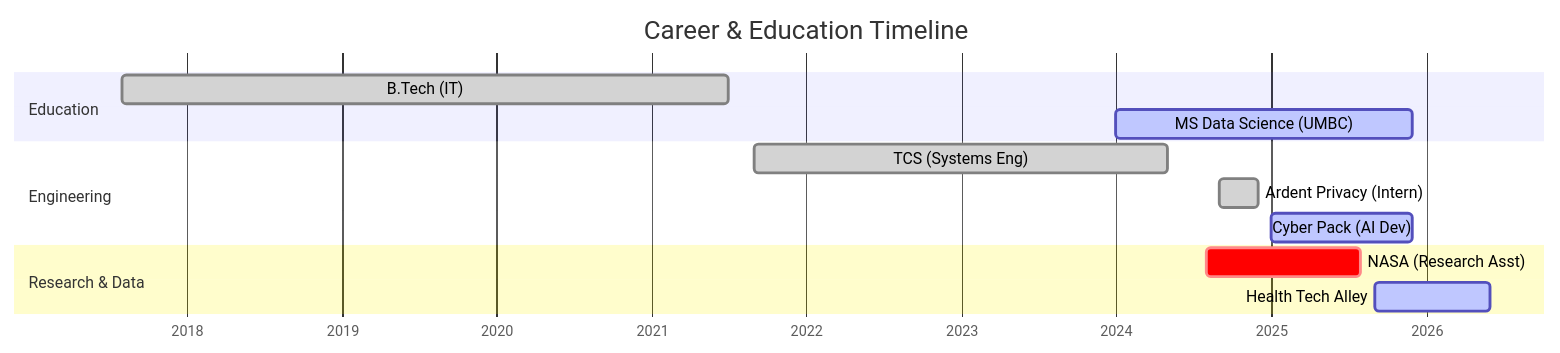
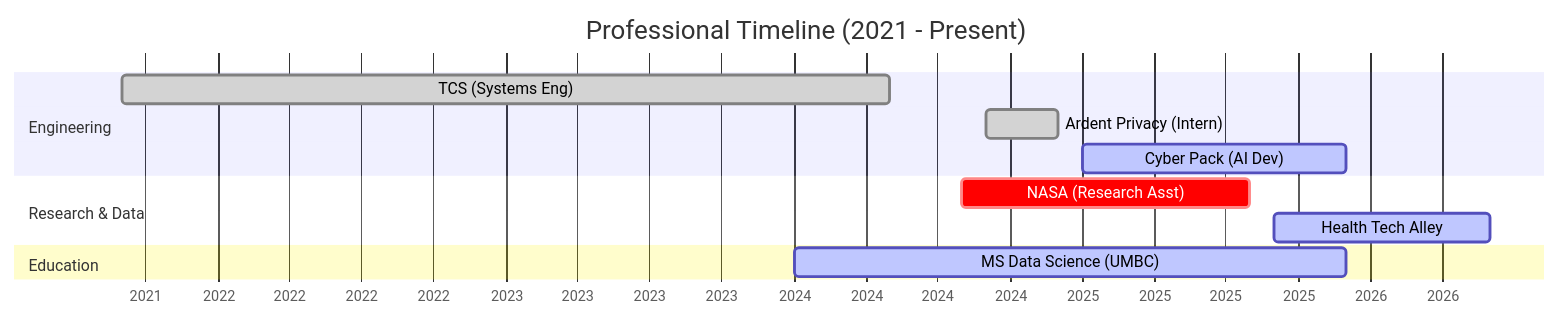
The diagram in README.md (akhil1729/akhil1729), drawn with Mermaid before and after one commit. The commit also changed other lines of this file, not shown here.

Commit message:
Revise README with updated profile and timeline
Updated personal information and professional timeline in README.

````diff
--- a/README.md
+++ b/README.md
@@ -20,16 +20,18 @@
 ```mermaid
 gantt
-    title Career & Education Timeline
+    title Professional Timeline (2021 - Present)
     dateFormat  YYYY-MM
     axisFormat  %Y
+    
+    section Engineering
+    TCS (Systems Eng)      :done,    job1, 2021-09, 2024-05
+    Ardent Privacy (Intern):done,    job2, 2024-09, 2024-12
+    Cyber Pack (AI Dev)    :active,  job3, 2025-01, 2025-12
+    
+    section Research & Data
+    NASA (Research Asst)   :crit,    res1, 2024-08, 2025-08
+    Health Tech Alley      :active,  res2, 2025-09, 2026-06
+    
     section Education
-    B.Tech (IT)           :done,    des1, 2017-08, 2021-07
-    MS Data Science (UMBC):active,  des2, 2024-01, 2025-12
-    section Engineering
-    TCS (Systems Eng)     :done,    job1, 2021-09, 2024-05
-    Ardent Privacy (Intern):done,   job2, 2024-09, 2024-12
-    Cyber Pack (AI Dev)   :active,  job3, 2025-01, 2025-12
-    section Research & Data
-    NASA (Research Asst)  :crit,    res1, 2024-08, 2025-08
-    Health Tech Alley     :active,  res2, 2025-09, 2026-06
+    MS Data Science (UMBC) :active,  edu1, 2024-01, 2025-12
 ```
````
